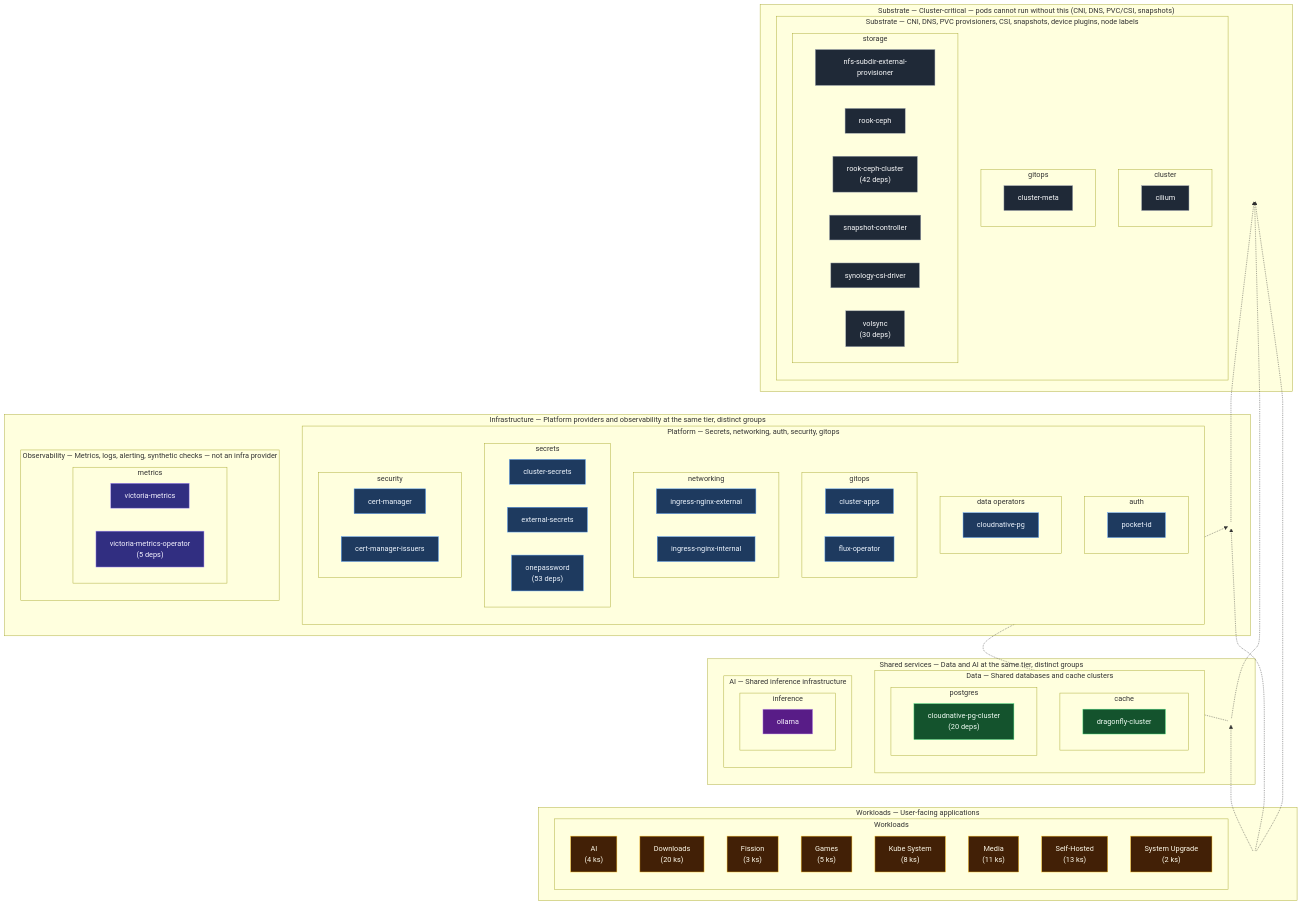
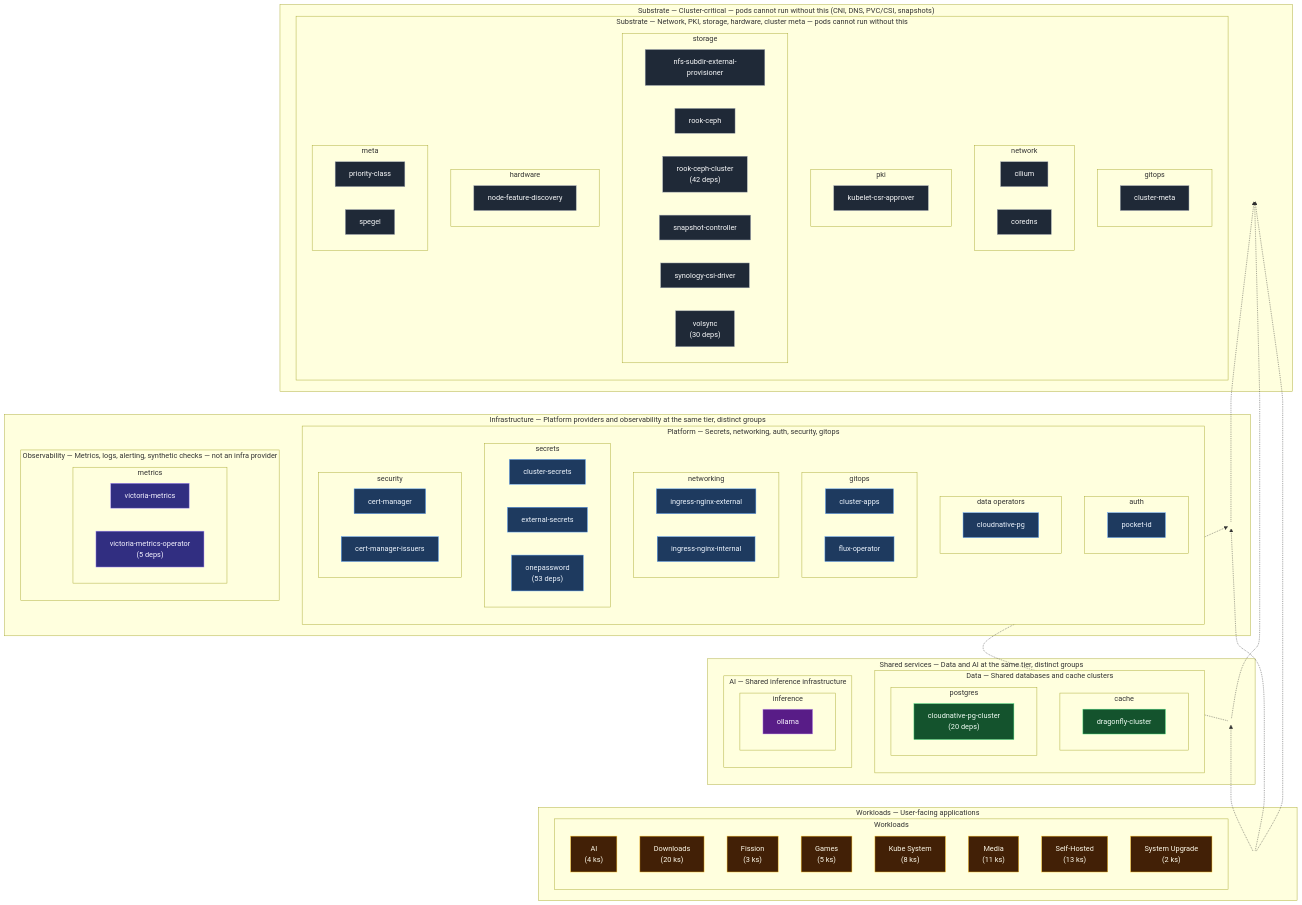
One commit to zebernst/homelab changed the diagram in docs/architecture/README.md. Above: the diagram before and after it, drawn with Mermaid. The commit also changed other lines of this file and 3 other files, not shown here.

First line of the commit message:
refactor(architecture): subdivide substrate cluster partitions

```diff
--- a/docs/architecture/README.md
+++ b/docs/architecture/README.md
@@ -16,14 +16,20 @@
   %% Cross-tier dependsOn summary (higher tier -.-> lower tier it depends on)
 
   subgraph vt0["Substrate — Cluster-critical — pods cannot run without this (CNI, DNS, PVC/CSI, snapshots)"]
-    subgraph g_substrate["Substrate — CNI, DNS, PVC provisioners, CSI, snapshots, device plugins, node labels"]
-      subgraph p_substrate_substrate_cluster["cluster"]
-        cilium["cilium"]
-        class cilium substrate
-      end
+    subgraph g_substrate["Substrate — Network, PKI, storage, hardware, cluster meta — pods cannot run without this"]
       subgraph p_substrate_substrate_gitops["gitops"]
         cluster_meta["cluster-meta"]
         class cluster_meta substrate
+      end
+      subgraph p_substrate_substrate_network["network"]
+        cilium["cilium"]
+        class cilium substrate
+        coredns["coredns"]
+        class coredns substrate
+      end
+      subgraph p_substrate_substrate_pki["pki"]
+        kubelet_csr_approver["kubelet-csr-approver"]
+        class kubelet_csr_approver substrate
       end
       subgraph p_substrate_substrate_storage["storage"]
         nfs_subdir_external_provisioner["nfs-subdir-external-provisioner"]
@@ -38,6 +44,16 @@
         class synology_csi_driver substrate
         volsync["volsync<br/>(30 deps)"]
         class volsync substrate
+      end
+      subgraph p_substrate_substrate_hardware["hardware"]
+        node_feature_discovery["node-feature-discovery"]
+        class node_feature_discovery substrate
+      end
+      subgraph p_substrate_substrate_meta["meta"]
+        priority_class["priority-class"]
+        class priority_class substrate
+        spegel["spegel"]
+        class spegel substrate
       end
     end
     hub_vt0(( ))
```
